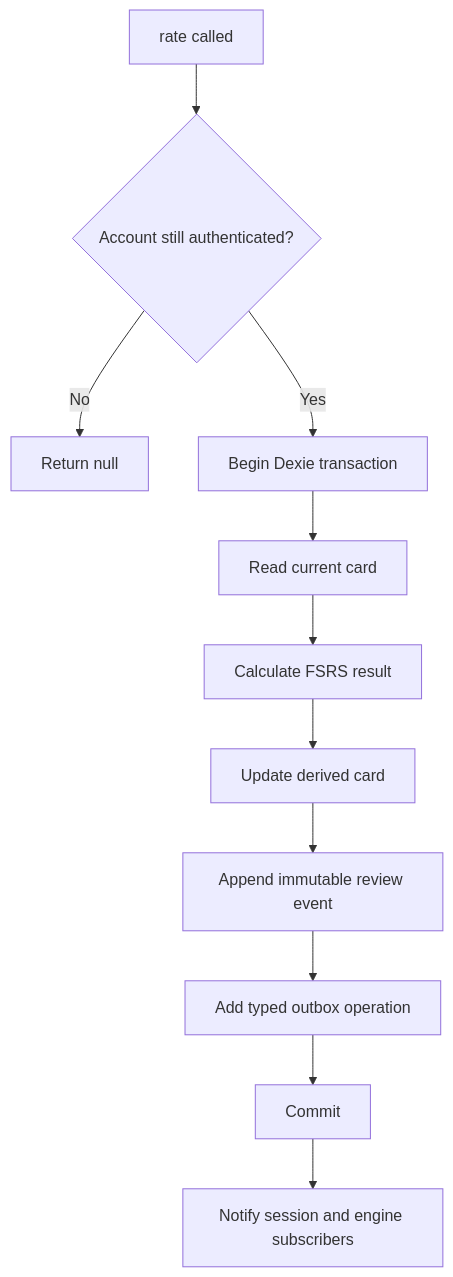
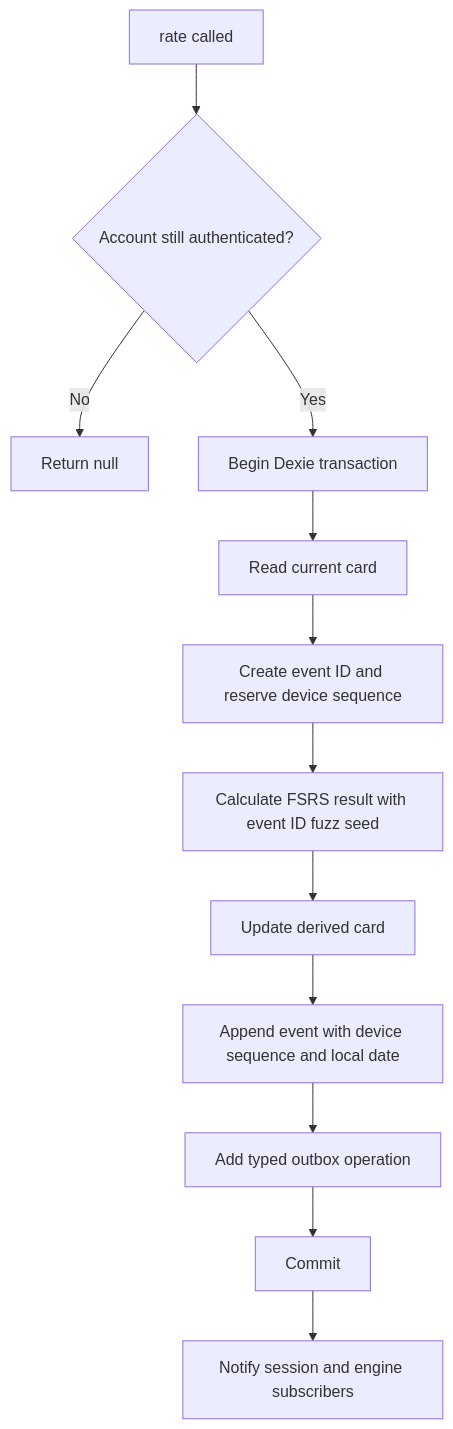
The third of 9 diagrams in docs/notes/STUDY-ENGINE-PLAN-V2.md (PikaPikaGems/kanji-heatmap), drawn with Mermaid before and after one commit. The commit also changed other lines of this file, not shown here.

First line of the commit message:
docs: refine study engine plan with backend FSRS and history services

````diff
--- a/docs/notes/STUDY-ENGINE-PLAN-V2.md
+++ b/docs/notes/STUDY-ENGINE-PLAN-V2.md
@@ -558,13 +606,14 @@
 ```mermaid
 flowchart TD
     Start[rate called] --> AuthCheck{Account still authenticated?}
     AuthCheck -->|No| NullResult[Return null]
     AuthCheck -->|Yes| Tx[Begin Dexie transaction]
     Tx --> ReadCard[Read current card]
-    ReadCard --> Calculate[Calculate FSRS result]
+    ReadCard --> EventIdentity["Create event ID and reserve device sequence"]
+    EventIdentity --> Calculate["Calculate FSRS result with event ID fuzz seed"]
     Calculate --> SaveCard[Update derived card]
-    SaveCard --> AddEvent[Append immutable review event]
+    SaveCard --> AddEvent["Append event with device sequence and local date"]
     AddEvent --> AddOutbox[Add typed outbox operation]
     AddOutbox --> Commit[Commit]
     Commit --> Notify[Notify session and engine subscribers]
 ```
````
